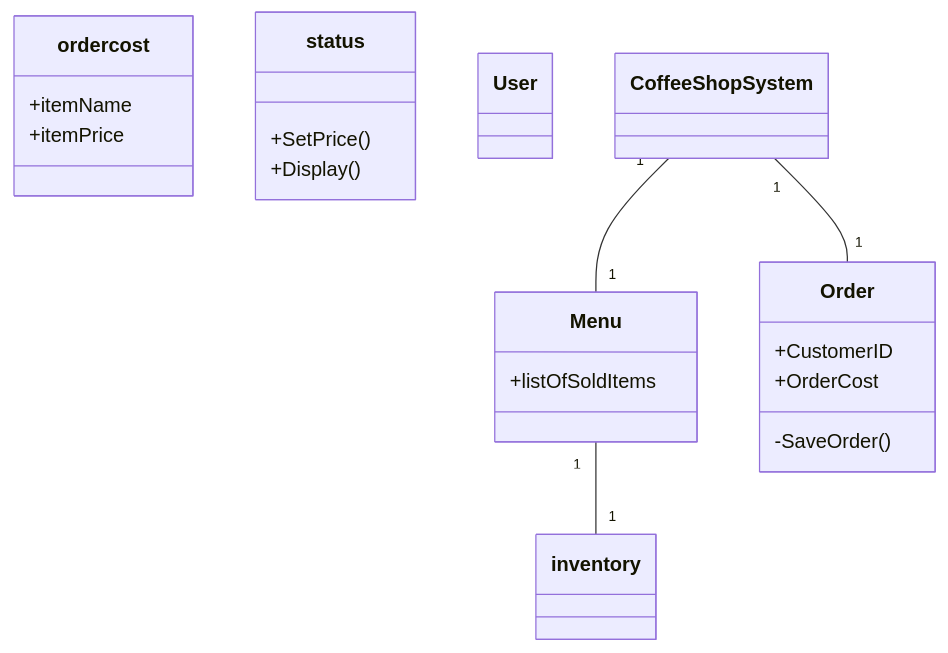
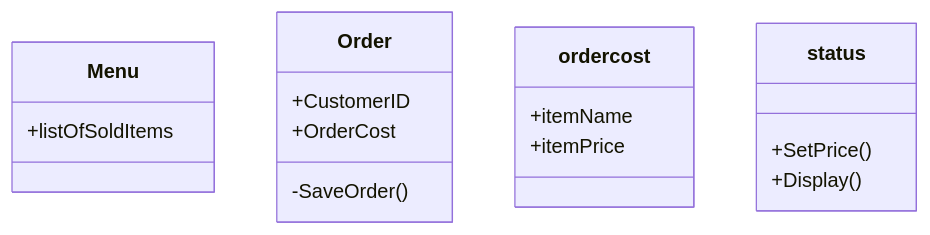
The diagram in week-02/individual-sketch-2.md (Anthony-Vang11/ICS372-AnthonyVang), drawn with Mermaid before and after one commit. The commit also changed other lines of this file, not shown here.

First line of the commit message:
Refactor discussion on user roles and order tracking

````diff
--- a/week-02/individual-sketch-2.md
+++ b/week-02/individual-sketch-2.md
@@ -31,24 +31,20 @@
 ```mermaid
 classDiagram
 class Menu{
 +listOfSoldItems
 
 }
 class Order{
 +CustomerID
 +OrderCost
 -SaveOrder()
 }
 class order cost{
 +itemName
 +itemPrice
 }
 class status{
 +SetPrice()
 +Display()
 }
-class User{}
-CoffeeShopSystem "1" -- "1"Menu
-Menu "1" -- "1"inventory
-CoffeeShopSystem "1" -- "1" Order
 ```
````
